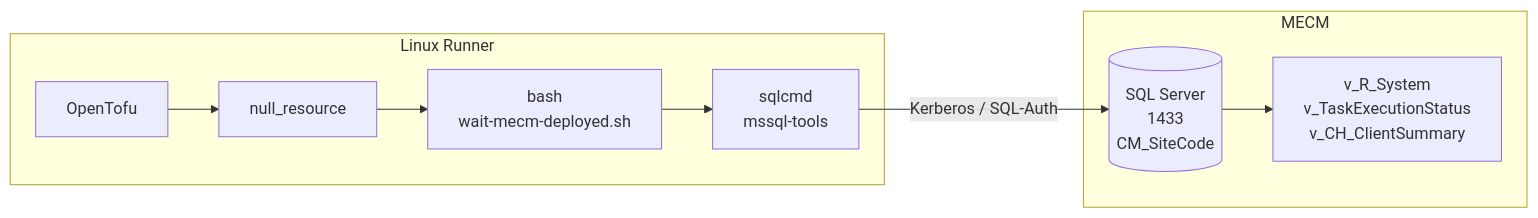
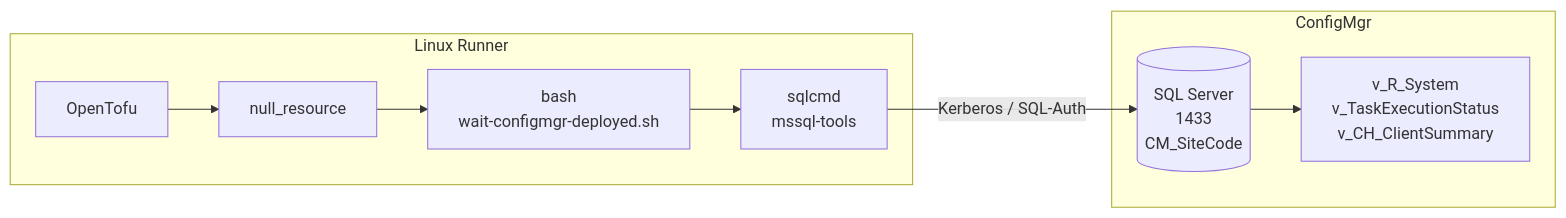
Before and after one commit to monoeagle/lucent-job-mecm-ps-connect: the sixth of 8 diagrams in OVERVIEW.md, drawn with Mermaid. The commit also changed other lines of this file and 22 other files, not shown here.

First line of the commit message:
Rename MECM -> ConfigMgr; add naming history and 2026 compat check

````diff
--- a/OVERVIEW.md
+++ b/OVERVIEW.md
@@ -162,14 +162,14 @@
 ```mermaid
 flowchart LR
     subgraph Linux Runner
         TF[OpenTofu] --> NR[null_resource]
-        NR --> SH[bash<br/>wait-mecm-deployed.sh]
+        NR --> SH[bash<br/>wait-configmgr-deployed.sh]
         SH --> SQLCMD[sqlcmd<br/>mssql-tools]
     end
-    subgraph MECM
+    subgraph ConfigMgr
         SQL[(SQL Server<br/>1433<br/>CM_SiteCode)]
         VIEWS[v_R_System<br/>v_TaskExecutionStatus<br/>v_CH_ClientSummary]
         SQL --> VIEWS
     end
     SQLCMD -- Kerberos / SQL-Auth --> SQL
 ```
````
